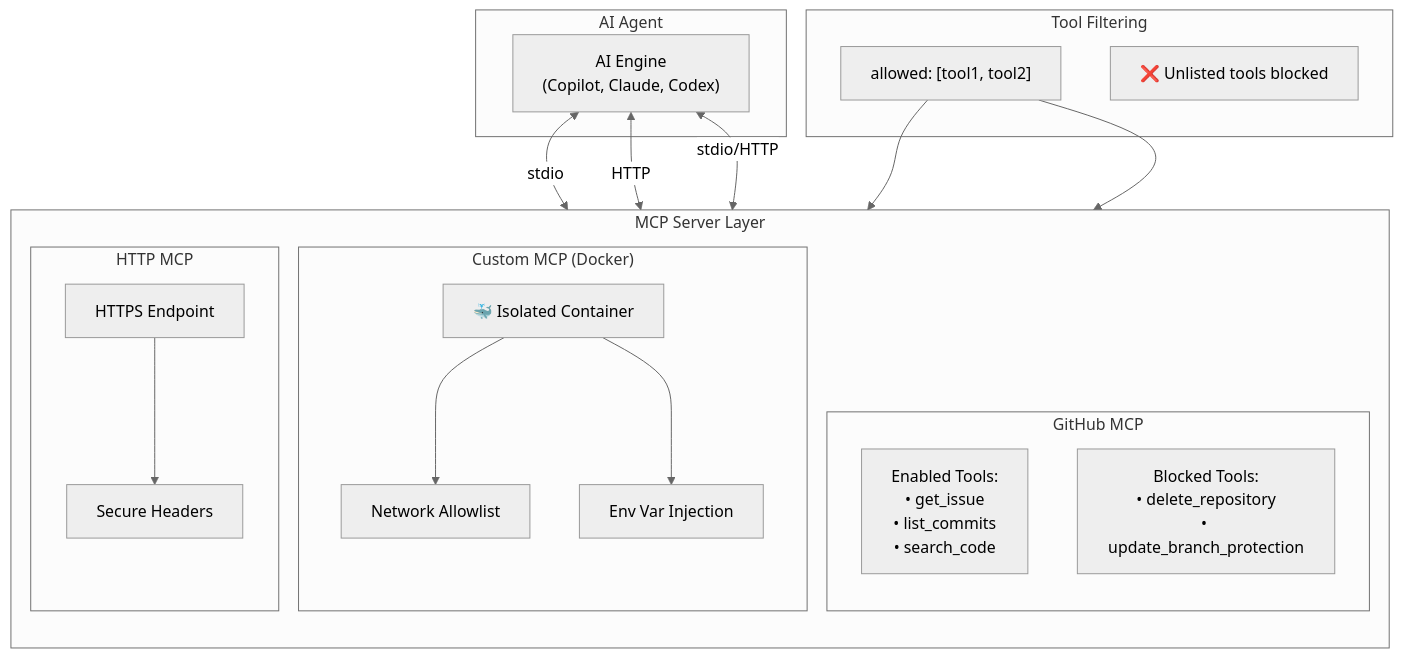
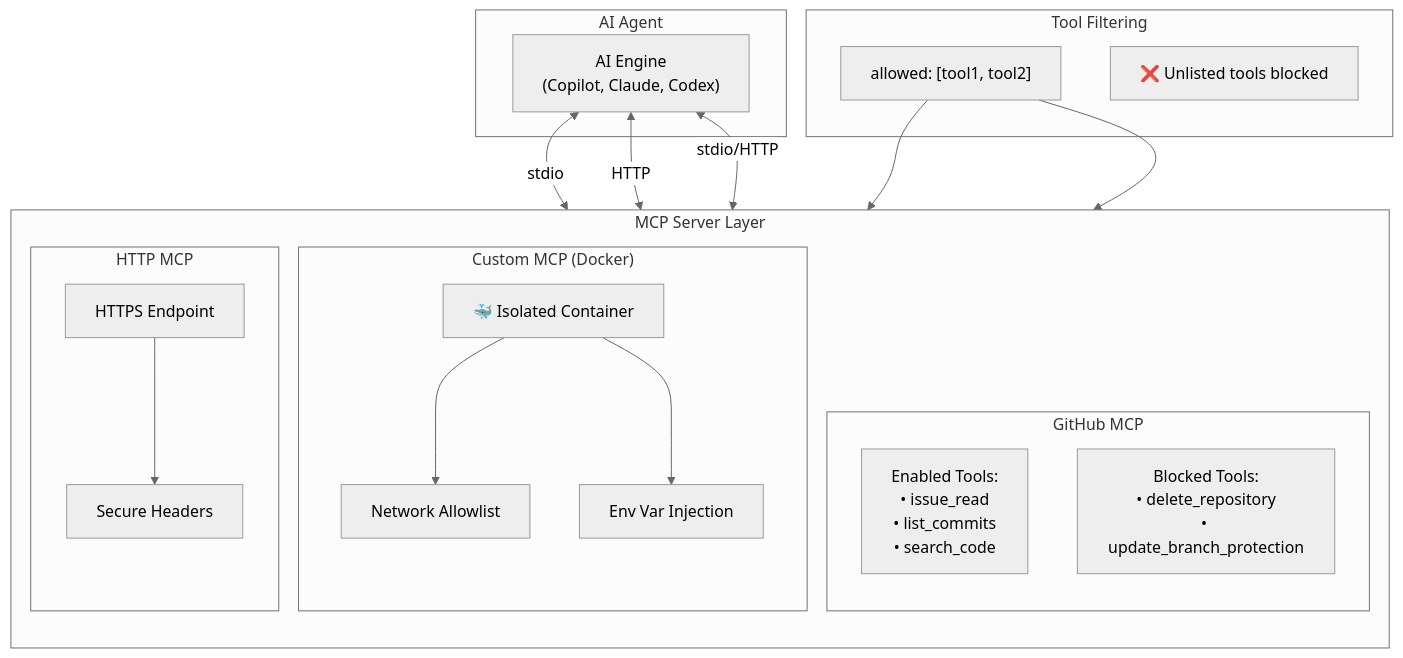
One commit to githubnext/gh-aw changed the fourth of 10 diagrams in docs/src/content/docs/introduction/architecture.mdx. Above: the diagram before and after it, drawn with Mermaid (neutral theme). The commit also changed 41 other files, not shown here.

Commit message:
Update outdated get_issue tool references to issue_read across codebase

````diff
--- a/docs/src/content/docs/introduction/architecture.mdx
+++ b/docs/src/content/docs/introduction/architecture.mdx
@@ -192,41 +192,41 @@
 ```mermaid
 flowchart TB
     subgraph Agent["AI Agent"]
         ENGINE["AI Engine<br/>(Copilot, Claude, Codex)"]
     end
 
     subgraph MCPLayer["MCP Server Layer"]
         direction TB
 
         subgraph GitHub["GitHub MCP"]
-            GH_TOOLS["Enabled Tools:<br/>• get_issue<br/>• list_commits<br/>• search_code"]
+            GH_TOOLS["Enabled Tools:<br/>• issue_read<br/>• list_commits<br/>• search_code"]
             GH_BLOCKED["Blocked Tools:<br/>• delete_repository<br/>• update_branch_protection"]
         end
 
         subgraph Custom["Custom MCP (Docker)"]
             CONTAINER["🐳 Isolated Container"]
             NET["Network Allowlist"]
             ENV["Env Var Injection"]
         end
 
         subgraph HTTP["HTTP MCP"]
             ENDPOINT["HTTPS Endpoint"]
             HEADERS["Secure Headers"]
         end
     end
 
     subgraph Toolfilter["Tool Filtering"]
         ALLOWED["allowed: [tool1, tool2]"]
         DENIED["❌ Unlisted tools blocked"]
     end
 
     ENGINE <-->|"stdio/HTTP"| GitHub
     ENGINE <-->|"stdio"| CONTAINER
     ENGINE <-->|"HTTP"| ENDPOINT
 
     ALLOWED --> GH_TOOLS
     ALLOWED --> GH_BLOCKED
     CONTAINER --> NET
     CONTAINER --> ENV
     ENDPOINT --> HEADERS
 ```
````
